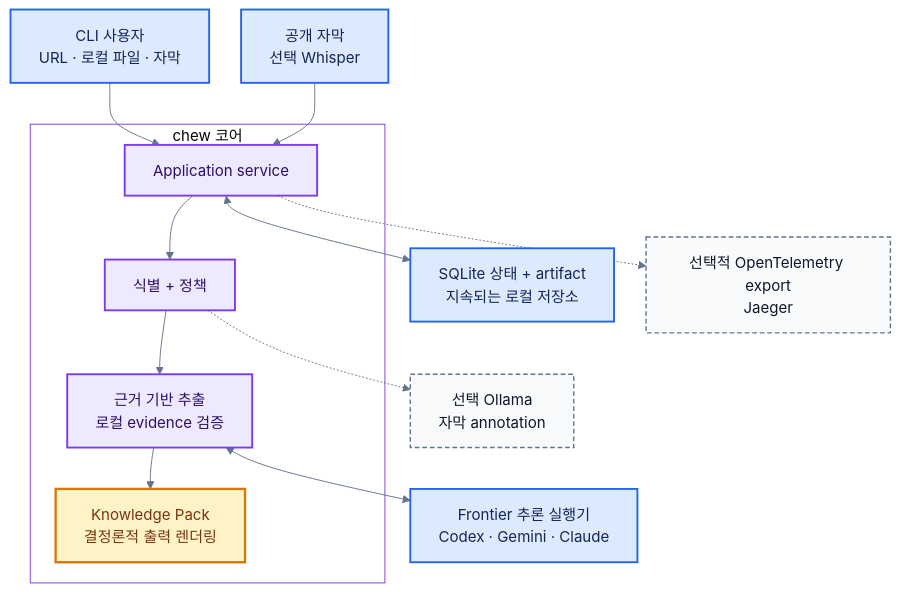
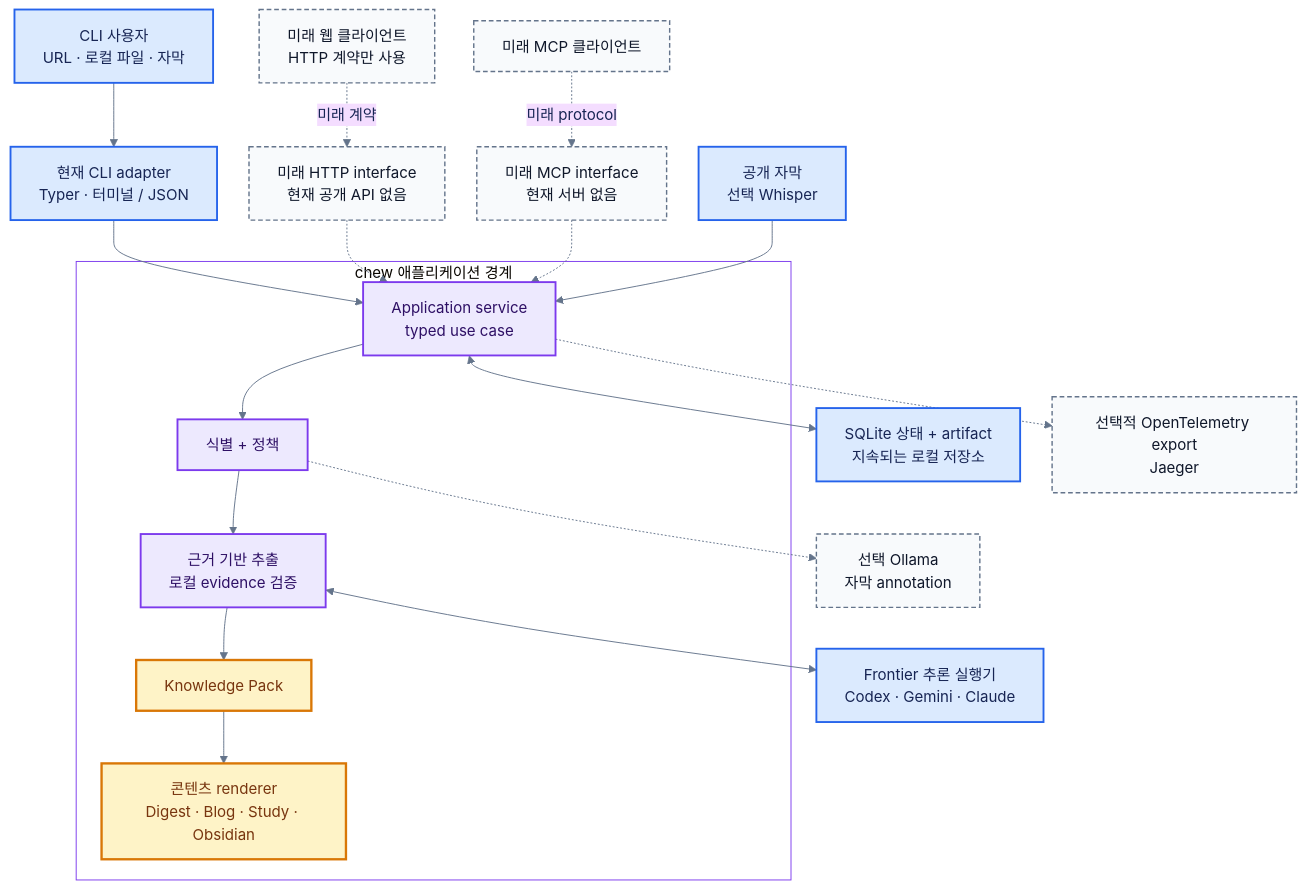
Before and after one commit to SHcommit/youtube-summerizer-kit: the diagram in assets/architecture/ko/external-boundaries.mmd, drawn with Mermaid. The commit also changed 10 other files, not shown here.

Commit message:
docs: show interface and web boundaries

```diff
--- a/assets/architecture/ko/external-boundaries.mmd
+++ b/assets/architecture/ko/external-boundaries.mmd
@@ -1,32 +1,42 @@
 %%{init: {"theme":"base","themeVariables":{"fontFamily":"Apple SD Gothic Neo, Noto Sans KR, Malgun Gothic, sans-serif","primaryTextColor":"#172554","lineColor":"#64748b","clusterBkg":"#ffffff","clusterBorder":"#7c3aed"},"flowchart":{"curve":"basis","nodeSpacing":34,"rankSpacing":44,"htmlLabels":true}}}%%
 flowchart TB
     USER["CLI 사용자<br/>URL · 로컬 파일 · 자막"]
+    CLI["현재 CLI adapter<br/>Typer · 터미널 / JSON"]
+    WEB["미래 웹 클라이언트<br/>HTTP 계약만 사용"]
+    HTTP["미래 HTTP interface<br/>현재 공개 API 없음"]
+    MCPCLIENT["미래 MCP 클라이언트"]
+    MCP["미래 MCP interface<br/>현재 서버 없음"]
     CAPTIONS["공개 자막<br/>선택 Whisper"]
     FRONTIER["Frontier 추론 실행기<br/>Codex · Gemini · Claude"]
     OLLAMA["선택 Ollama<br/>자막 annotation"]
     STATE["SQLite 상태 + artifact<br/>지속되는 로컬 저장소"]
     OTEL["선택적 OpenTelemetry export<br/>Jaeger"]
 
-    subgraph APP["chew 코어"]
-        SERVICE["Application service"]
+    subgraph APP["chew 애플리케이션 경계"]
+        SERVICE["Application service<br/>typed use case"]
         POLICY["식별 + 정책"]
         GROUND["근거 기반 추출<br/>로컬 evidence 검증"]
-        PACK["Knowledge Pack<br/>결정론적 출력 렌더링"]
-        SERVICE --> POLICY --> GROUND --> PACK
+        PACK["Knowledge Pack"]
+        RENDER["콘텐츠 renderer<br/>Digest · Blog · Study · Obsidian"]
+        SERVICE --> POLICY --> GROUND --> PACK --> RENDER
     end
 
-    USER --> SERVICE
+    USER --> CLI --> SERVICE
+    WEB -. 미래 계약 .-> HTTP -.-> SERVICE
+    MCPCLIENT -. 미래 protocol .-> MCP -.-> SERVICE
     CAPTIONS --> SERVICE
     GROUND <--> FRONTIER
     POLICY -.-> OLLAMA
     SERVICE <--> STATE
     SERVICE -.-> OTEL
 
     classDef external fill:#dbeafe,stroke:#2563eb,stroke-width:2px,color:#172554;
+    classDef deferred fill:#f8fafc,stroke:#64748b,stroke-width:1.5px,stroke-dasharray:5 3,color:#0f172a;
     classDef optional fill:#f8fafc,stroke:#64748b,stroke-width:1.5px,stroke-dasharray:5 3,color:#0f172a;
     classDef core fill:#ede9fe,stroke:#7c3aed,stroke-width:2px,color:#2e1065;
     classDef knowledge fill:#fef3c7,stroke:#d97706,stroke-width:2.5px,color:#78350f;
-    class USER,CAPTIONS,FRONTIER,STATE external;
+    class USER,CLI,CAPTIONS,FRONTIER,STATE external;
+    class WEB,HTTP,MCPCLIENT,MCP deferred;
     class OLLAMA,OTEL optional;
     class SERVICE,POLICY,GROUND core;
-    class PACK knowledge;
+    class PACK,RENDER knowledge;
```
